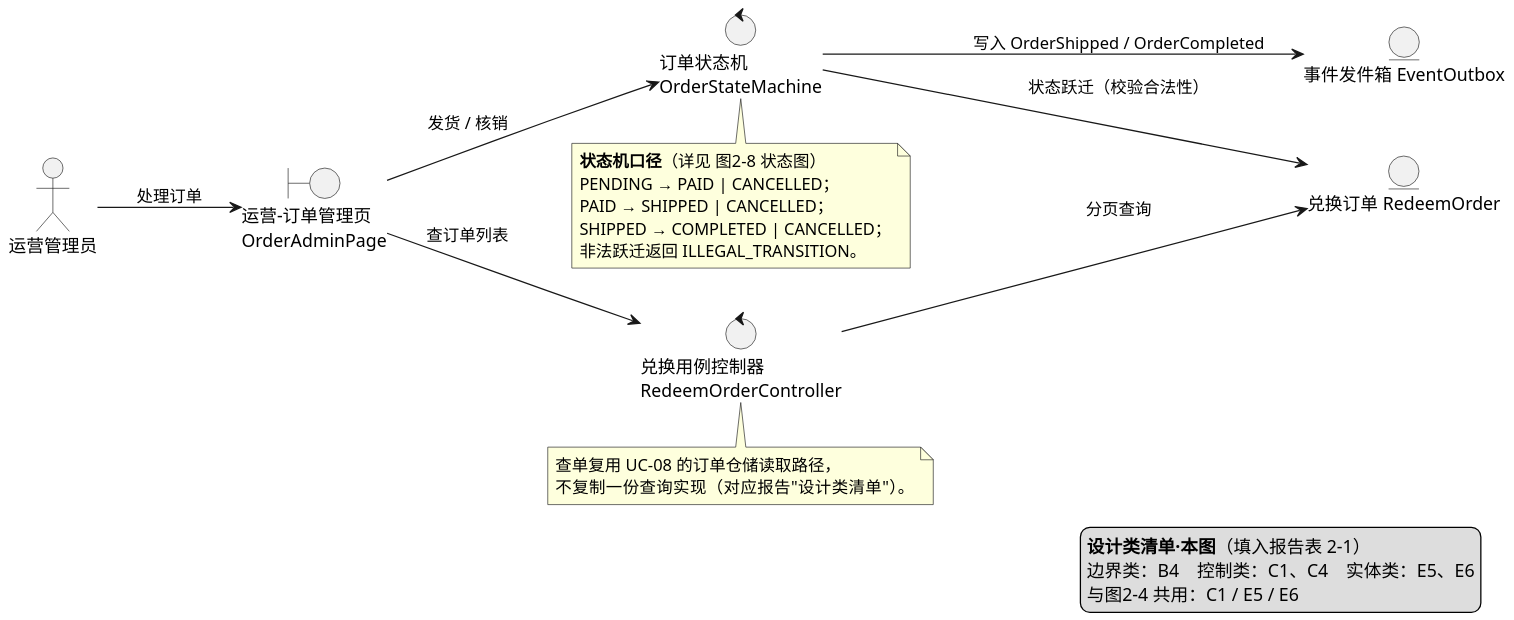
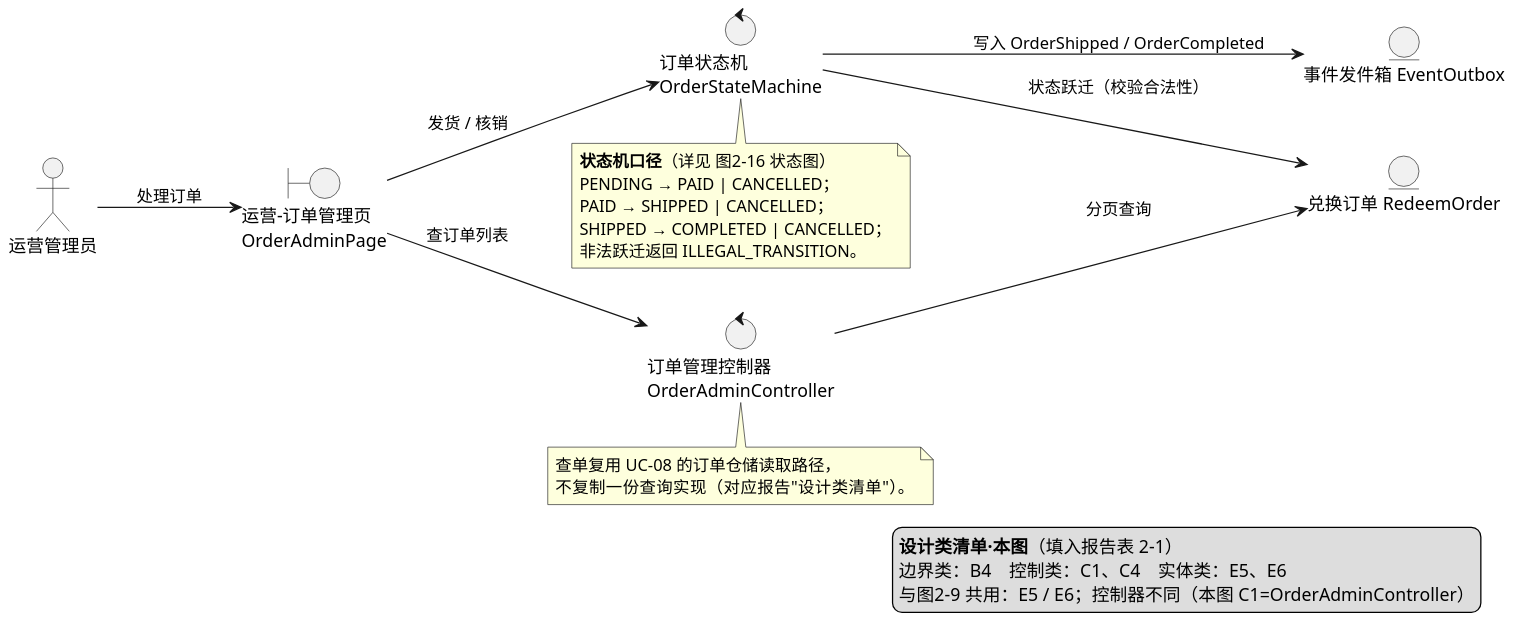
One commit to chiyan11/green-travel-points changed the diagram in docs/uml/08-鲁棒图-处理订单.puml. Above: the diagram before and after it, drawn with PlantUML. The commit also changed 61 other files, not shown here.

First line of the commit message:
docs(report): 报告 v1.1 与 24 图 UML 同步

```diff
--- a/docs/uml/08-鲁棒图-处理订单.puml
+++ b/docs/uml/08-鲁棒图-处理订单.puml
@@ -1,56 +1,56 @@
-@startuml 图2-5 鲁棒图：处理兑换订单（UC-12 用例实现 · 参与者：运营管理员）
+@startuml 图2-12 鲁棒图：处理兑换订单（UC-12 用例实现 · 参与者：运营管理员）
 ' 依据：设计说明书 2.2.1（用例实现 · 设计模型）
 ' 拆分口径：一个参与者一张鲁棒图。本图只画运营管理员（UC-12 处理兑换订单）；
-'           市民侧（UC-08 兑换商品）见图2-4。
+'           市民侧（UC-08 兑换商品）见图2-9。
 ' 鲁棒图约定（UML 非标准图，需在报告中说明）：
 '   边界类 boundary —— 只与 actor 或控制类相连
 '   控制类 control  —— 居中，承载用例流程
 '   实体类 entity   —— 只与控制类相连（禁止 actor 直连实体）
 
 skinparam defaultFontName "Microsoft YaHei"
 skinparam dpi 150
 skinparam shadowing false
 left to right direction
 skinparam rectangle {
   BackgroundColor #FFFFFF
   BorderColor #2E5C8A
 }
 
 actor "运营管理员" as A
 
 boundary "运营-订单管理页\nOrderAdminPage" as B4
 
-control "兑换用例控制器\nRedeemOrderController" as C1
+control "订单管理控制器\nOrderAdminController" as C1
 control "订单状态机\nOrderStateMachine" as C4
 
 entity "兑换订单 RedeemOrder" as E5
 entity "事件发件箱 EventOutbox" as E6
 
 ' ---------- UC-12 主成功场景：查单 → 发货 → 核销 ----------
 A --> B4 : 处理订单
 B4 --> C1 : 查订单列表
 C1 --> E5 : 分页查询
 B4 --> C4 : 发货 / 核销
 C4 --> E5 : 状态跃迁（校验合法性）
 C4 --> E6 : 写入 OrderShipped / OrderCompleted
 
 note bottom of C4
-  **状态机口径**（详见 图2-8 状态图）
+  **状态机口径**（详见 图2-16 状态图）
   PENDING → PAID | CANCELLED；
   PAID → SHIPPED | CANCELLED；
   SHIPPED → COMPLETED | CANCELLED；
   非法跃迁返回 ILLEGAL_TRANSITION。
 end note
 
 note bottom of C1
   查单复用 UC-08 的订单仓储读取路径，
   不复制一份查询实现（对应报告"设计类清单"）。
 end note
 
 legend right
   **设计类清单·本图**（填入报告表 2-1）
   边界类：B4　控制类：C1、C4　实体类：E5、E6
-  与图2-4 共用：C1 / E5 / E6
+  与图2-9 共用：E5 / E6；控制器不同（本图 C1=OrderAdminController）
 endlegend
 
 @enduml
```
